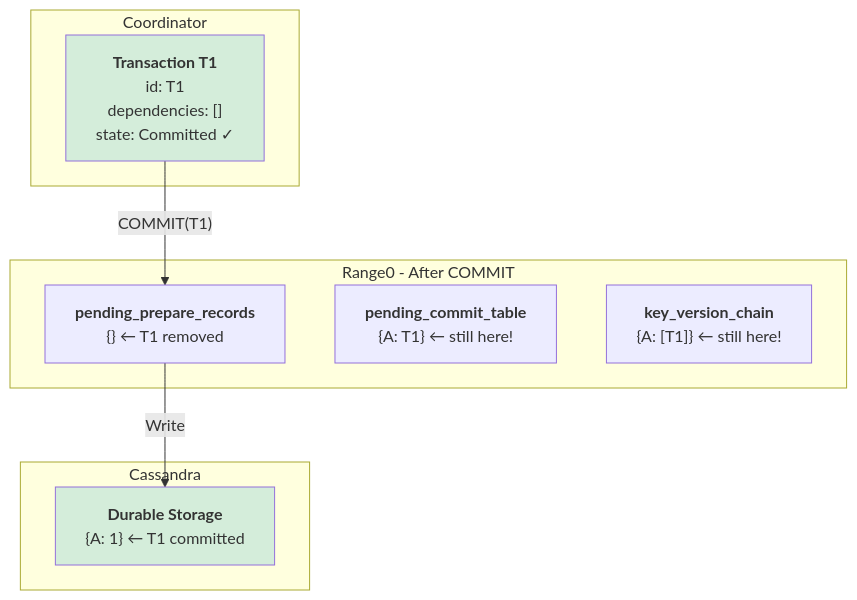
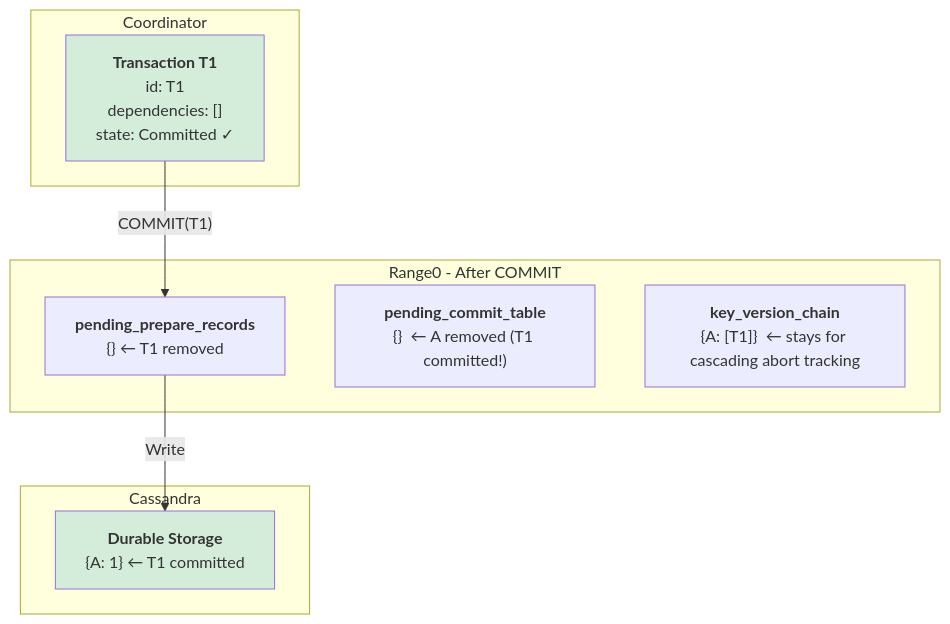
One commit to columbia/sangria changed the diagram in cascading_abort_experiment_results/happy_path/02_t1_commit.md. Above: the diagram before and after it, drawn with Mermaid. The commit also changed other lines of this file and 4 other files, not shown here.

First line of the commit message:
Fix diagram inaccuracies for pending_commit_table behavior

````diff
--- a/cascading_abort_experiment_results/happy_path/02_t1_commit.md
+++ b/cascading_abort_experiment_results/happy_path/02_t1_commit.md
@@ -4,22 +4,22 @@
 ```mermaid
 graph TB
     subgraph "Coordinator"
         T1_State["<b>Transaction T1</b><br/>id: T1<br/>dependencies: []<br/>state: Committed ✓"]
     end
 
     subgraph "Range0 - After COMMIT"
         PrepRec2["<b>pending_prepare_records</b><br/>{}  ← T1 removed"]
-        CommitTbl2["<b>pending_commit_table</b><br/>{A: T1}  ← still here!"]
-        VerChain2["<b>key_version_chain</b><br/>{A: [T1]}  ← still here!"]
+        CommitTbl2["<b>pending_commit_table</b><br/>{}  ← A removed (T1 committed!)"]
+        VerChain2["<b>key_version_chain</b><br/>{A: [T1]}  ← stays for cascading abort tracking"]
     end
 
     subgraph "Cassandra"
         Stored["<b>Durable Storage</b><br/>{A: 1}  ← T1 committed"]
     end
 
     T1_State -->|"COMMIT(T1)"| PrepRec2
     PrepRec2 -->|"Write"| Stored
 
     style T1_State fill:#d4edda
     style Stored fill:#d4edda
 ```
````
